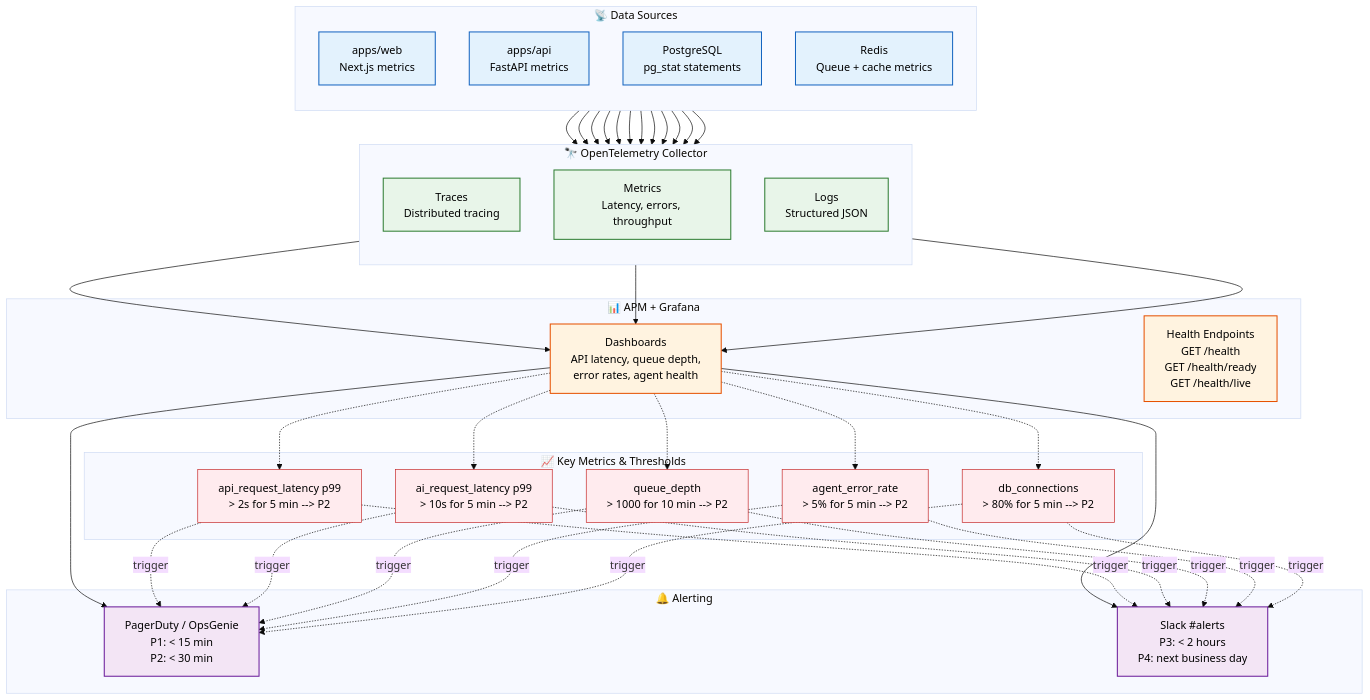
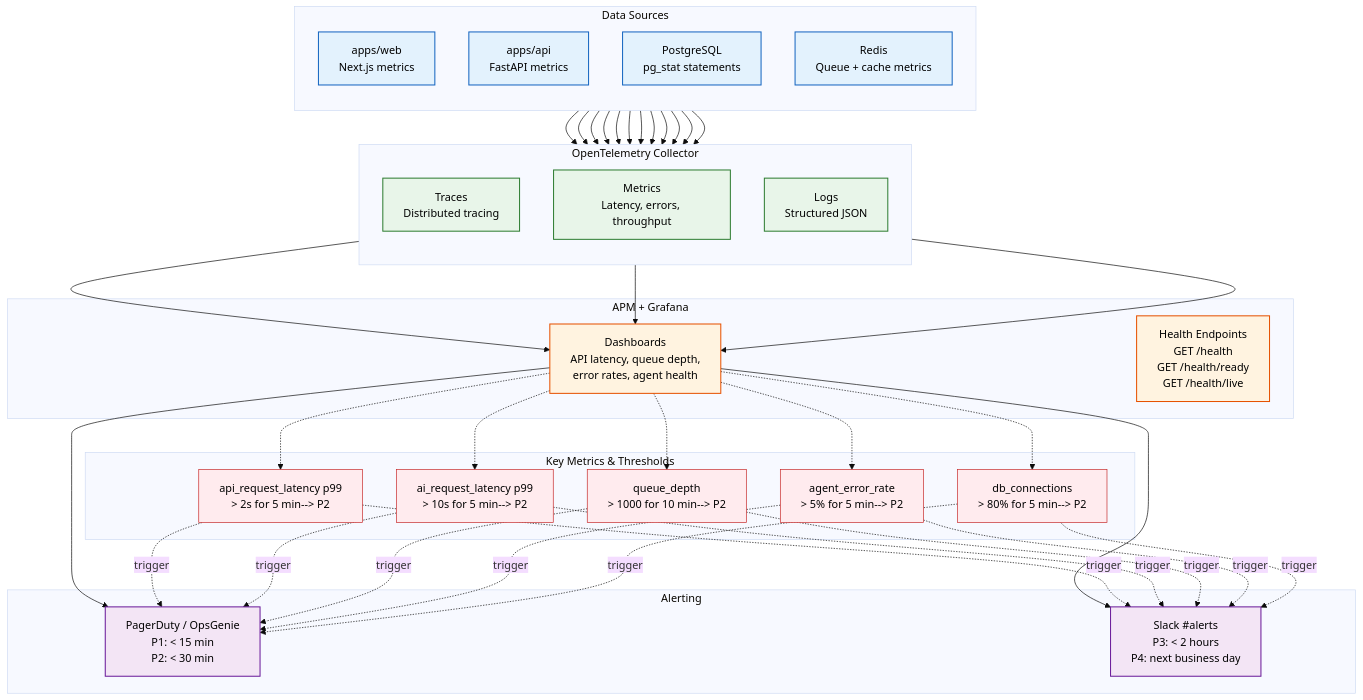
The first of 2 diagrams in docs/devops/Monitoring.md (Driftloom/Vaeloom), drawn with Mermaid (base theme) before and after one commit. The commit also changed other lines of this file and 694 other files, not shown here.

First line of the commit message:
docs: mermaid standardization — encoding/mermaid/duplicate cleanup

````diff
--- a/docs/devops/Monitoring.md
+++ b/docs/devops/Monitoring.md
@@ -7,54 +7,54 @@
 ```mermaid
 graph TD
-    classDef sources fill:#e3f2fd,stroke:#1565c0,color:#000,stroke-width:1.5px
-    classDef otel fill:#e8f5e9,stroke:#2e7d32,color:#000,stroke-width:1.5px
-    classDef viz fill:#fff3e0,stroke:#e65100,color:#000,stroke-width:1.5px
-    classDef alert fill:#f3e5f5,stroke:#6a1b9a,color:#000,stroke-width:1.5px
-    classDef metric fill:#ffebee,stroke:#c62828,color:#000,stroke-width:1px
+ classDef sources fill:#e3f2fd,stroke:#1565c0,color:#000,stroke-width:1.5px
+ classDef otel fill:#e8f5e9,stroke:#2e7d32,color:#000,stroke-width:1.5px
+ classDef viz fill:#fff3e0,stroke:#e65100,color:#000,stroke-width:1.5px
+ classDef alert fill:#f3e5f5,stroke:#6a1b9a,color:#000,stroke-width:1.5px
+ classDef metric fill:#ffebee,stroke:#c62828,color:#000,stroke-width:1px
 
-    subgraph Sources["📡 Data Sources"]
-        direction TB
-        S1["apps/web<br/>Next.js metrics"]
-        S2["apps/api<br/>FastAPI metrics"]
-        S4["PostgreSQL<br/>pg_stat statements"]
-        S5["Redis<br/>Queue + cache metrics"]
-    end
+ subgraph Sources["Data Sources"]
+ direction TB
+ S1["apps/web<br/>Next.js metrics"]
+ S2["apps/api<br/>FastAPI metrics"]
+ S4["PostgreSQL<br/>pg_stat statements"]
+ S5["Redis<br/>Queue + cache metrics"]
+ end
 
-    subgraph Otel["🔭 OpenTelemetry Collector"]
-        direction TB
-        O1["Traces<br/>Distributed tracing"]
-        O2["Metrics<br/>Latency, errors, throughput"]
-        O3["Logs<br/>Structured JSON"]
-    end
+ subgraph Otel["OpenTelemetry Collector"]
+ direction TB
+ O1["Traces<br/>Distributed tracing"]
+ O2["Metrics<br/>Latency, errors, throughput"]
+ O3["Logs<br/>Structured JSON"]
+ end
 
-    subgraph Visualization["📊 APM + Grafana"]
-        V1["Dashboards<br/>API latency, queue depth,\nerror rates, agent health"]
-        V2["Health Endpoints<br/>GET /health<br/>GET /health/ready<br/>GET /health/live"]
-    end
+ subgraph Visualization["APM + Grafana"]
+ V1["Dashboards<br/>API latency, queue depth,\nerror rates, agent health"]
+ V2["Health Endpoints<br/>GET /health<br/>GET /health/ready<br/>GET /health/live"]
+ end
 
-    subgraph Alerts["🔔 Alerting"]
-        A1["PagerDuty / OpsGenie<br/>P1: < 15 min<br/>P2: < 30 min"]
-        A2["Slack #alerts<br/>P3: < 2 hours<br/>P4: next business day"]
-    end
+ subgraph Alerts["Alerting"]
+ A1["PagerDuty / OpsGenie<br/>P1: < 15 min<br/>P2: < 30 min"]
+ A2["Slack #alerts<br/>P3: < 2 hours<br/>P4: next business day"]
+ end
 
-    subgraph KeyMetrics["📈 Key Metrics & Thresholds"]
-        K1["api_request_latency p99<br/>> 2s for 5 min --> P2"]
-        K2["ai_request_latency p99<br/>> 10s for 5 min --> P2"]
-        K3["queue_depth<br/>> 1000 for 10 min --> P2"]
-        K4["agent_error_rate<br/>> 5% for 5 min --> P2"]
-        K5["db_connections<br/>> 80% for 5 min --> P2"]
-    end
+ subgraph KeyMetrics["Key Metrics & Thresholds"]
+ K1["api_request_latency p99<br/>> 2s for 5 min--> P2"]
+ K2["ai_request_latency p99<br/>> 10s for 5 min--> P2"]
+ K3["queue_depth<br/>> 1000 for 10 min--> P2"]
+ K4["agent_error_rate<br/>> 5% for 5 min--> P2"]
+ K5["db_connections<br/>> 80% for 5 min--> P2"]
+ end
 
-    S1 & S2 & S4 & S5 --> O1 & O2 & O3
-    O1 & O2 & O3 --> V1
-    V1 --> A1 & A2
-    V1 -.-> K1 & K2 & K3 & K4 & K5
-    K1 & K2 & K3 & K4 & K5 -.->|trigger| A1 & A2
+ S1 & S2 & S4 & S5--> O1 & O2 & O3
+ O1 & O2 & O3--> V1
+ V1--> A1 & A2
+ V1 -.-> K1 & K2 & K3 & K4 & K5
+ K1 & K2 & K3 & K4 & K5 -.->|trigger| A1 & A2
 
-    class S1,S2,S4,S5 sources
-    class O1,O2,O3 otel
-    class V1,V2 viz
-    class A1,A2 alert
-    class K1,K2,K3,K4,K5 metric
+ class S1,S2,S4,S5 sources
+ class O1,O2,O3 otel
+ class V1,V2 viz
+ class A1,A2 alert
+ class K1,K2,K3,K4,K5 metric
 
 ```
````
